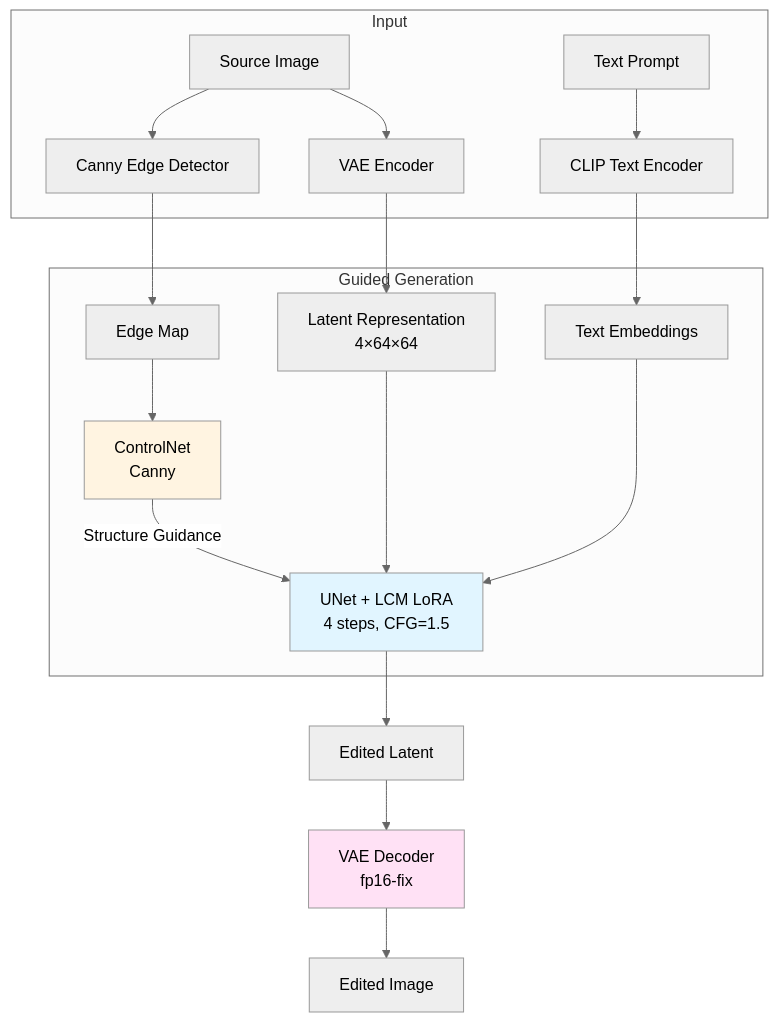
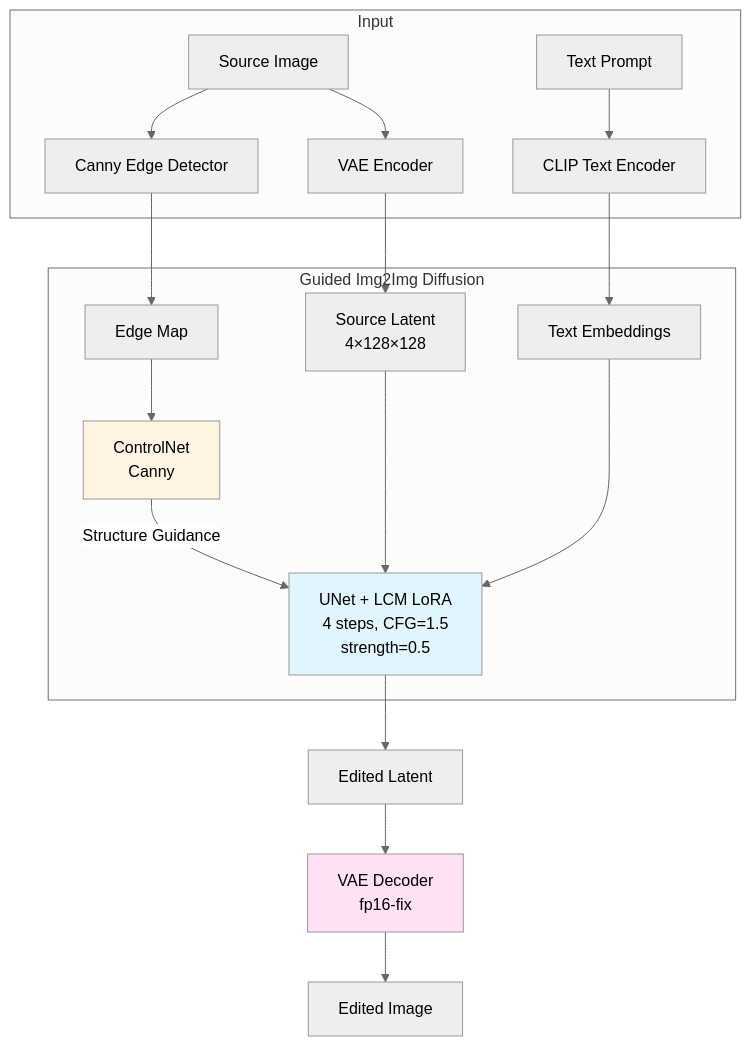
The first of 2 diagrams in README.md (vismaychuriwala/Fast-Image-Editing-with-Generative-Models), drawn with Mermaid (neutral theme) before and after one commit. The commit also changed other lines of this file and 32 other files, not shown here.

````diff
--- a/README.md
+++ b/README.md
@@ -67,27 +66,27 @@
 ```mermaid
 graph TB
     subgraph Input
         A[Source Image] --> B[Canny Edge Detector]
         A --> C[VAE Encoder]
         D[Text Prompt] --> E[CLIP Text Encoder]
     end
 
     B --> F[Edge Map]
-    C --> G[Latent Representation<br/>4×64×64]
+    C --> G[Source Latent<br/>4×128×128]
     E --> H[Text Embeddings]
 
-    subgraph "Guided Generation"
+    subgraph "Guided Img2Img Diffusion"
         F --> I[ControlNet<br/>Canny]
-        G --> J[UNet + LCM LoRA<br/>4 steps, CFG=1.5]
+        G --> J[UNet + LCM LoRA<br/>4 steps, CFG=1.5<br/>strength=0.5]
         H --> J
         I -->|Structure Guidance| J
     end
 
     J --> K[Edited Latent]
     K --> L[VAE Decoder<br/>fp16-fix]
     L --> M[Edited Image]
 
     style J fill:#e1f5ff
     style I fill:#fff4e1
     style L fill:#ffe1f5
 ```
````
